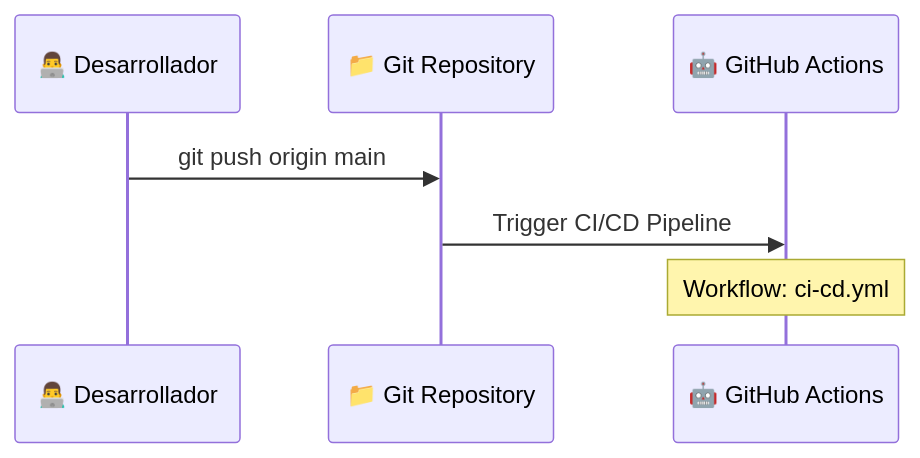
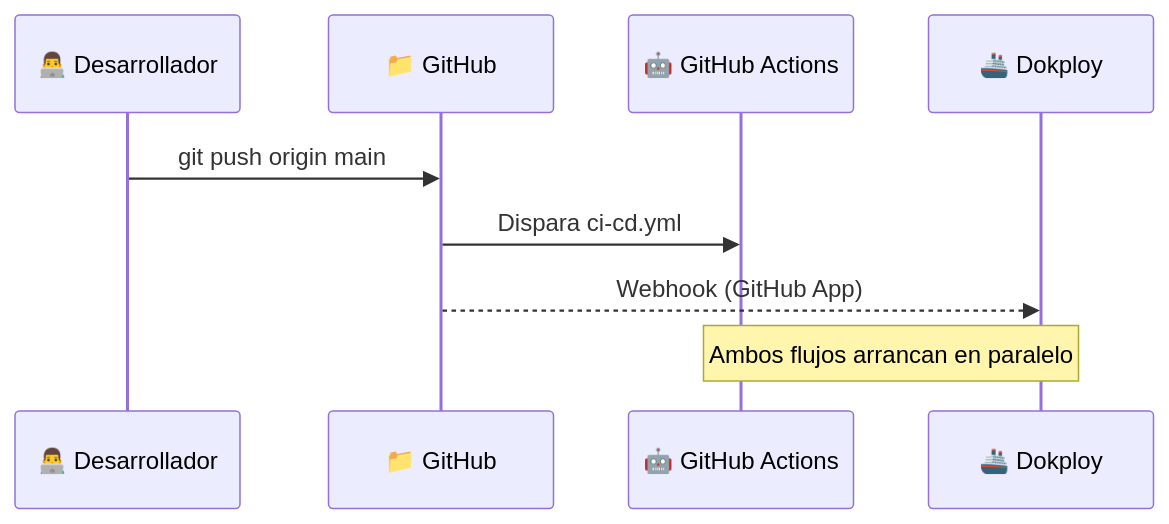
One commit to TellMeAlex/portfolio changed the second of 9 diagrams in docs/CI-CD.md. Above: the diagram before and after it, drawn with Mermaid. The commit also changed other lines of this file and 1 other file, not shown here.

First line of the commit message:
docs: rewrite CI-CD.md and TROUBLESHOOTING.md for Dokploy deploy (#92)

````diff
--- a/docs/CI-CD.md
+++ b/docs/CI-CD.md
@@ -37,10 +42,12 @@
 ```mermaid
 sequenceDiagram
     participant Dev as 👨‍💻 Desarrollador
-    participant Git as 📁 Git Repository
+    participant Git as 📁 GitHub
     participant GHA as 🤖 GitHub Actions
+    participant DOK as 🚢 Dokploy
 
     Dev->>Git: git push origin main
-    Git->>GHA: Trigger CI/CD Pipeline
-    Note over GHA: Workflow: ci-cd.yml
+    Git->>GHA: Dispara ci-cd.yml
+    Git-->>DOK: Webhook (GitHub App)
+    Note over GHA,DOK: Ambos flujos arrancan en paralelo
 ```
````
